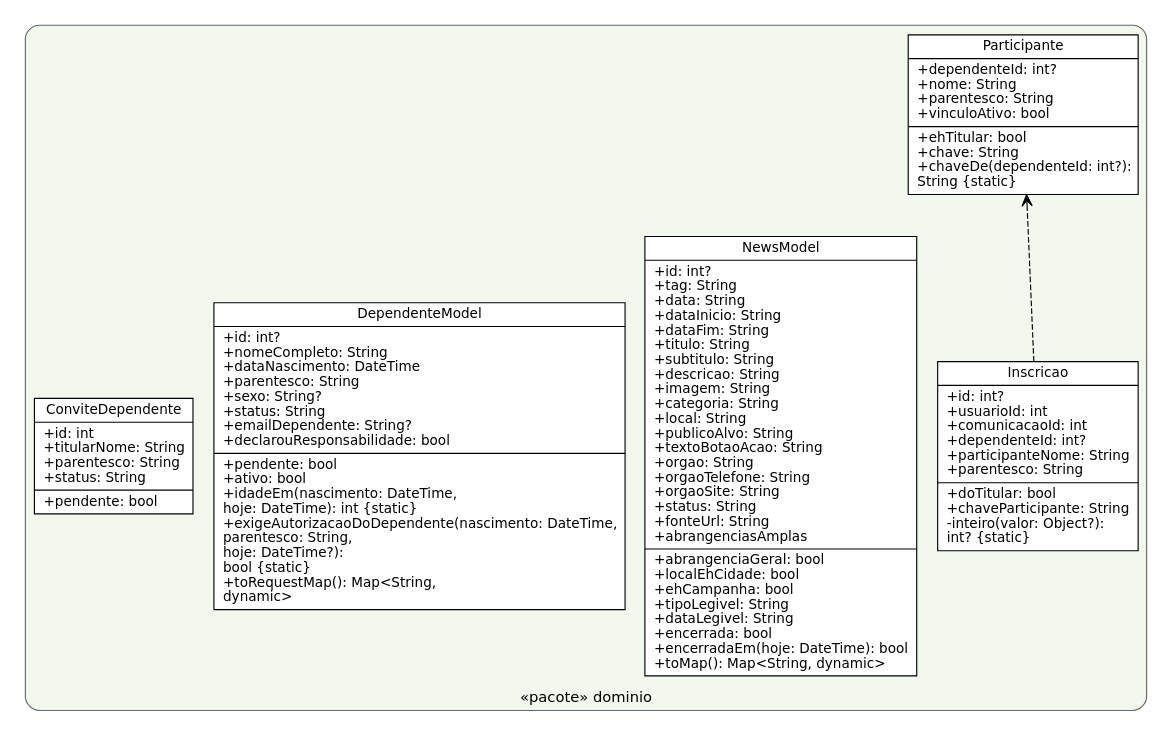
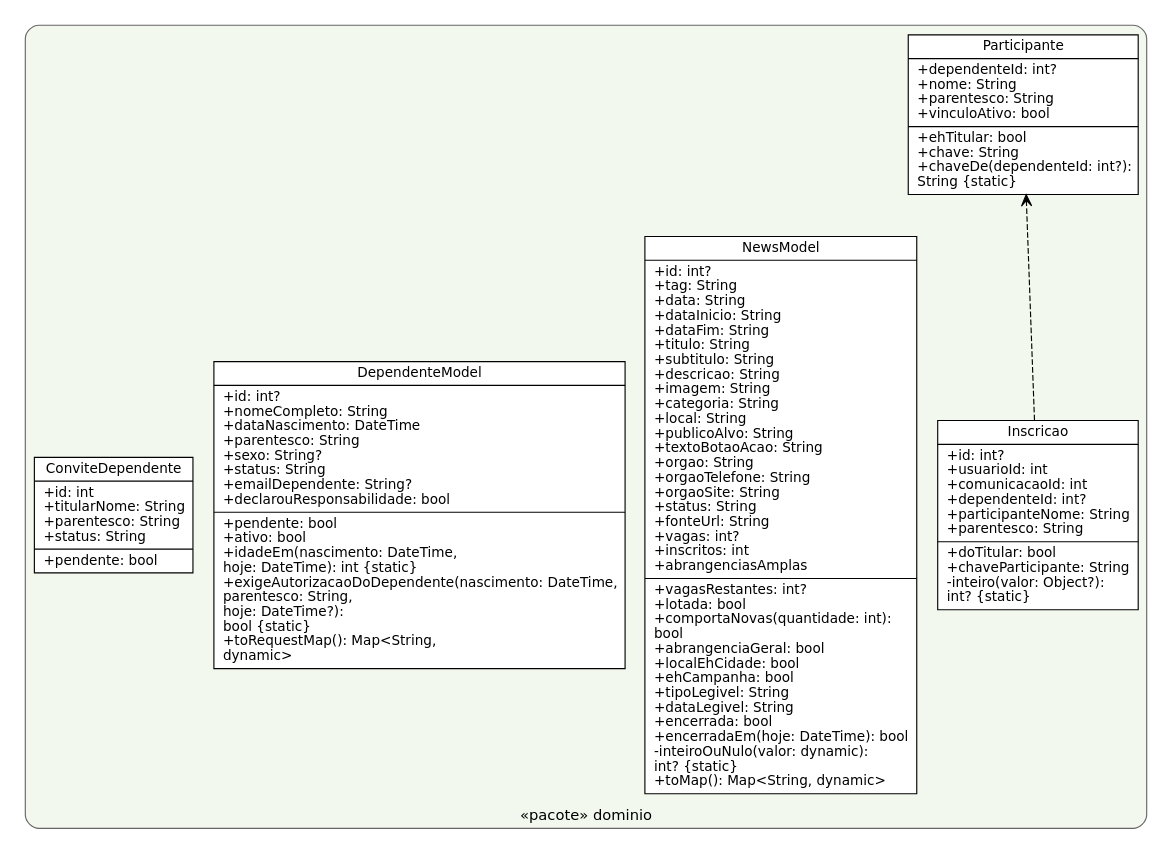
Before and after one commit to Conecta-Vida/Conecta-Vida-Mobile: the diagram in qualidade/relatorios/classes-b-dominio.dot, drawn with Graphviz. The commit also changed 23 other files, not shown here.

```diff
--- a/qualidade/relatorios/classes-b-dominio.dot
+++ b/qualidade/relatorios/classes-b-dominio.dot
@@ -1,13 +1,13 @@
 digraph classes {
 rankdir=BT; nodesep=0.25; ranksep=0.5; pad=0.1; concentrate=true;
 node [shape=record, fontname="DejaVu Sans", fontsize=12, style=filled, fillcolor="#ffffff"];
 edge [fontname="DejaVu Sans", fontsize=11];
 subgraph cluster_0 { label="«pacote» dominio"; style="rounded,filled"; fillcolor="#f2f8ee"; color=gray40; fontname="DejaVu Sans"; fontsize=13; labelloc=t;
   Inscricao [label="{Inscricao|+id: int?\l+usuarioId: int\l+comunicacaoId: int\l+dependenteId: int?\l+participanteNome: String\l+parentesco: String\l|+doTitular: bool\l+chaveParticipante: String\l-inteiro(valor: Object?):\l      int? \{static\}\l}"];
   Participante [label="{Participante|+dependenteId: int?\l+nome: String\l+parentesco: String\l+vinculoAtivo: bool\l|+ehTitular: bool\l+chave: String\l+chaveDe(dependenteId: int?):\l      String \{static\}\l}"];
-  NewsModel [label="{NewsModel|+id: int?\l+tag: String\l+data: String\l+dataInicio: String\l+dataFim: String\l+titulo: String\l+subtitulo: String\l+descricao: String\l+imagem: String\l+categoria: String\l+local: String\l+publicoAlvo: String\l+textoBotaoAcao: String\l+orgao: String\l+orgaoTelefone: String\l+orgaoSite: String\l+status: String\l+fonteUrl: String\l+abrangenciasAmplas\l|+abrangenciaGeral: bool\l+localEhCidade: bool\l+ehCampanha: bool\l+tipoLegivel: String\l+dataLegivel: String\l+encerrada: bool\l+encerradaEm(hoje: DateTime): bool\l+toMap(): Map&lt;String, dynamic&gt;\l}"];
+  NewsModel [label="{NewsModel|+id: int?\l+tag: String\l+data: String\l+dataInicio: String\l+dataFim: String\l+titulo: String\l+subtitulo: String\l+descricao: String\l+imagem: String\l+categoria: String\l+local: String\l+publicoAlvo: String\l+textoBotaoAcao: String\l+orgao: String\l+orgaoTelefone: String\l+orgaoSite: String\l+status: String\l+fonteUrl: String\l+vagas: int?\l+inscritos: int\l+abrangenciasAmplas\l|+vagasRestantes: int?\l+lotada: bool\l+comportaNovas(quantidade: int):\l      bool\l+abrangenciaGeral: bool\l+localEhCidade: bool\l+ehCampanha: bool\l+tipoLegivel: String\l+dataLegivel: String\l+encerrada: bool\l+encerradaEm(hoje: DateTime): bool\l-inteiroOuNulo(valor: dynamic):\l      int? \{static\}\l+toMap(): Map&lt;String, dynamic&gt;\l}"];
   DependenteModel [label="{DependenteModel|+id: int?\l+nomeCompleto: String\l+dataNascimento: DateTime\l+parentesco: String\l+sexo: String?\l+status: String\l+emailDependente: String?\l+declarouResponsabilidade: bool\l|+pendente: bool\l+ativo: bool\l+idadeEm(nascimento: DateTime,\l      hoje: DateTime): int \{static\}\l+exigeAutorizacaoDoDependente(nascimento: DateTime,\l      parentesco: String,\l      hoje: DateTime?):\l      bool \{static\}\l+toRequestMap(): Map&lt;String,\l      dynamic&gt;\l}"];
   ConviteDependente [label="{ConviteDependente|+id: int\l+titularNome: String\l+parentesco: String\l+status: String\l|+pendente: bool\l}"];
 }
   Inscricao -> Participante [arrowhead=vee, style=dashed];
 }
```
